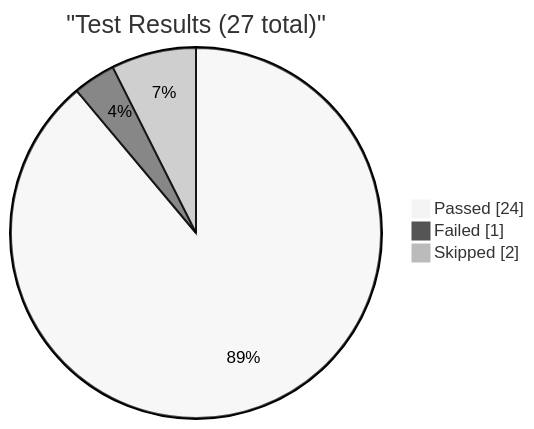
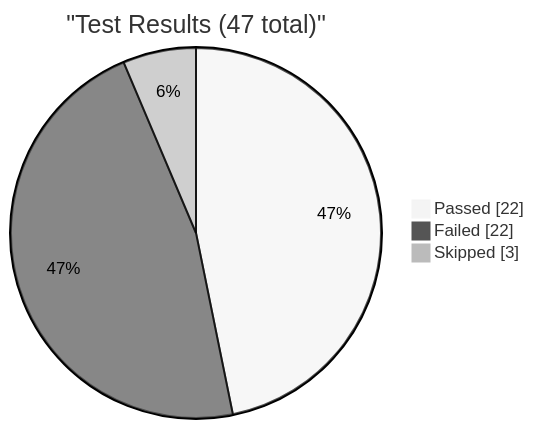
Before and after one commit to EliteaAI/onetest-ai-tm-Elitea: the first of 6 diagrams in reports/dashboard.md, drawn with Mermaid (neutral theme). The commit also changed other lines of this file and 1 other file, not shown here.

Commit message:
dashboard: update test metrics for RUN-ELITEA-2026-10-20-302-DEV-CHAT-FAILED

````diff
--- a/reports/dashboard.md
+++ b/reports/dashboard.md
@@ -9,7 +9,7 @@
 ```mermaid
 pie showData
-    title "Test Results (27 total)"
-    "Passed" : 24
-    "Failed" : 1
-    "Skipped" : 2
+    title "Test Results (47 total)"
+    "Passed" : 22
+    "Failed" : 22
+    "Skipped" : 3
 ```
````
